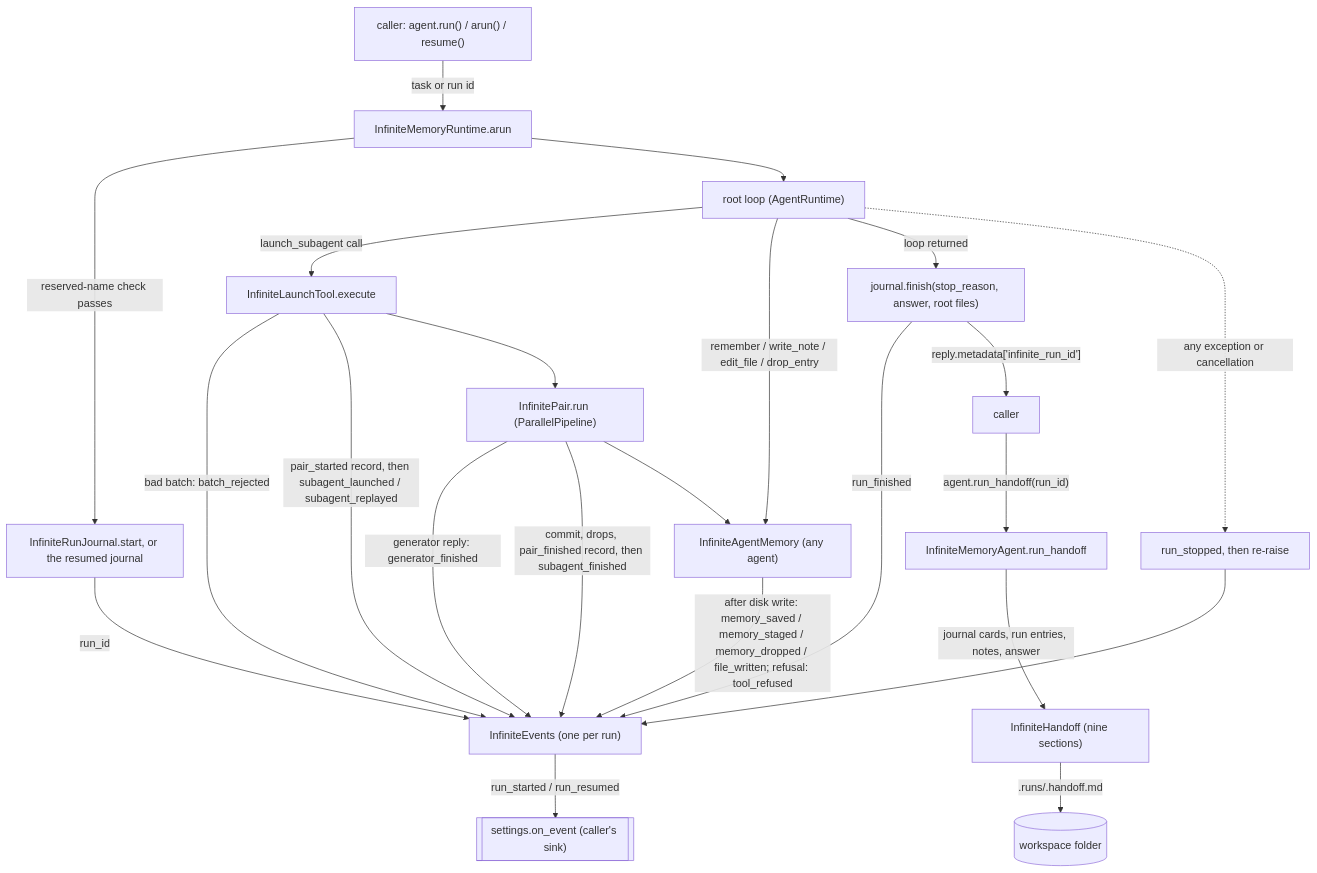
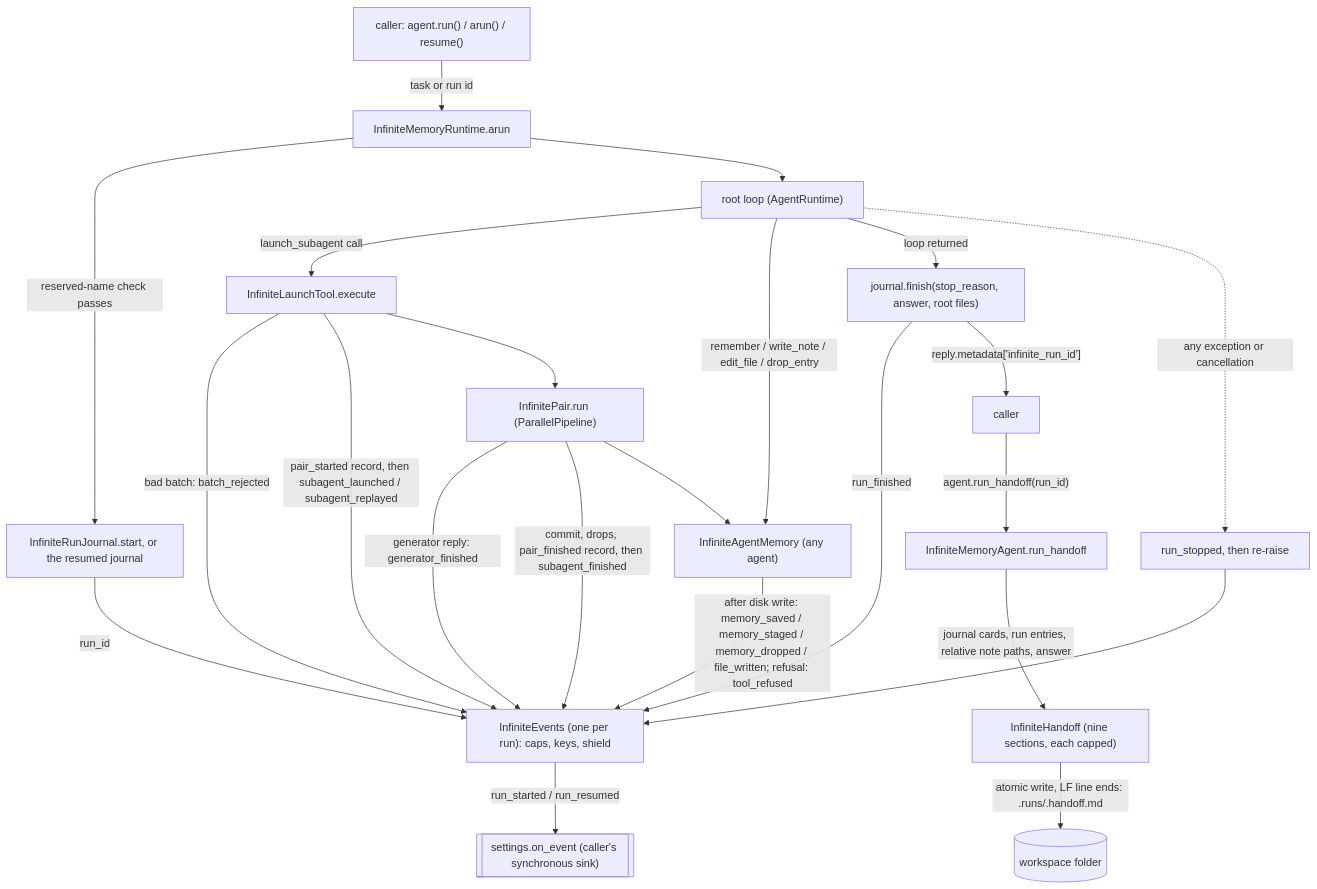
One commit to cerredz/Vidbyte-SDK changed the first of 2 diagrams in docs/spec/infinite-memory-events/spec.md. Above: the diagram before and after it, drawn with Mermaid. The commit also changed other lines of this file, not shown here.

Commit message:
docs(spec): revise infinite-memory-events spec r2 (re-baseline on #1113, bound event sizes, review r1)

````diff
--- a/docs/spec/infinite-memory-events/spec.md
+++ b/docs/spec/infinite-memory-events/spec.md
@@ -99,25 +101,25 @@
 ```mermaid
 flowchart TD
   A["caller: agent.run() / arun() / resume()"] -->|task or run id| B["InfiniteMemoryRuntime.arun"]
   B -->|reserved-name check passes| C["InfiniteRunJournal.start, or the resumed journal"]
-  C -->|run_id| D["InfiniteEvents (one per run)"]
-  D -->|run_started / run_resumed| S[["settings.on_event (caller's sink)"]]
+  C -->|run_id| D["InfiniteEvents (one per run): caps, keys, shield"]
+  D -->|run_started / run_resumed| S[["settings.on_event (caller's synchronous sink)"]]
   B --> E["root loop (AgentRuntime)"]
   E -->|launch_subagent call| F["InfiniteLaunchTool.execute"]
   F -->|bad batch: batch_rejected| D
   F -->|pair_started record, then subagent_launched / subagent_replayed| D
   F --> G["InfinitePair.run (ParallelPipeline)"]
   G -->|generator reply: generator_finished| D
   G -->|commit, drops, pair_finished record, then subagent_finished| D
   E -->|remember / write_note / edit_file / drop_entry| H["InfiniteAgentMemory (any agent)"]
   G --> H
   H -->|after disk write: memory_saved / memory_staged / memory_dropped / file_written; refusal: tool_refused| D
   E -->|loop returned| I["journal.finish(stop_reason, answer, root files)"]
   I -->|run_finished| D
   E -.->|any exception or cancellation| J["run_stopped, then re-raise"]
   J --> D
   I -->|"reply.metadata['infinite_run_id']"| K["caller"]
   K -->|"agent.run_handoff(run_id)"| L["InfiniteMemoryAgent.run_handoff"]
-  L -->|journal cards, run entries, notes, answer| M["InfiniteHandoff (nine sections)"]
-  M -->|".runs/<run_id>.handoff.md"| N[("workspace folder")]
+  L -->|journal cards, run entries, relative note paths, answer| M["InfiniteHandoff (nine sections, each capped)"]
+  M -->|"atomic write, LF line ends: .runs/<run_id>.handoff.md"| N[("workspace folder")]
 ```
````
